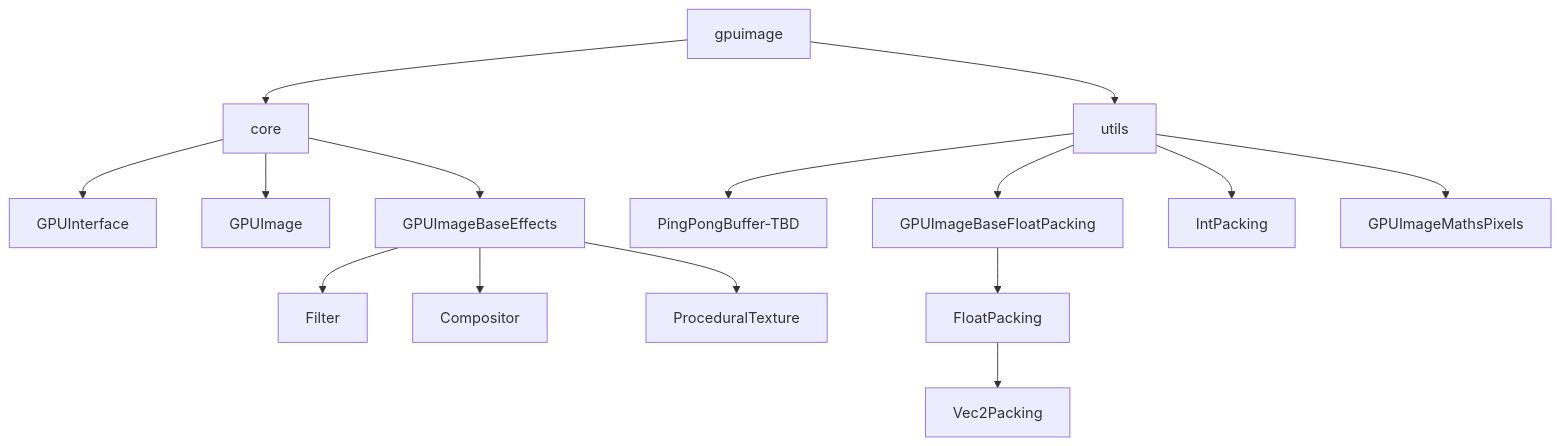
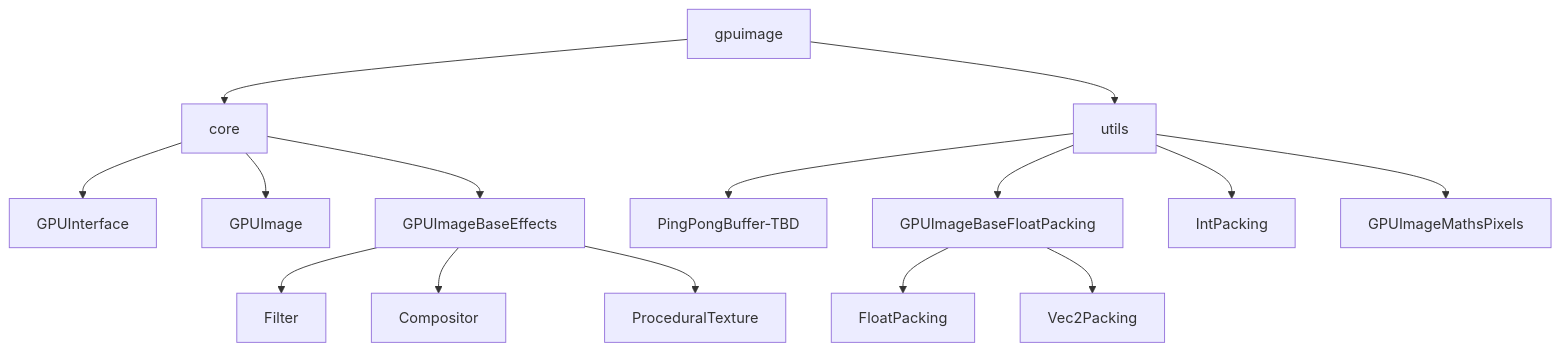
Before and after one commit to Bonjour-Interactive-Lab/Processing-GPUImage: the diagram in README.md, drawn with Mermaid. The commit also changed other lines of this file and 5 other files, not shown here.

Commit message:
add Vec2Packing + update readme

````diff
--- a/README.md
+++ b/README.md
@@ -22,17 +22,17 @@
 ```mermaid
 graph TD;
   gpuimage-->core;
   gpuimage-->utils;
   core-->GPUInterface
   core-->GPUImage
   core-->GPUImageBaseEffects;
   GPUImageBaseEffects-->Filter
   GPUImageBaseEffects-->Compositor
   GPUImageBaseEffects-->ProceduralTexture
   utils-->PingPongBuffer-TBD
   utils-->GPUImageBaseFloatPacking
   utils-->IntPacking
   utils-->GPUImageMathsPixels
   GPUImageBaseFloatPacking-->FloatPacking
-  FloatPacking-->Vec2Packing
+  GPUImageBaseFloatPacking-->Vec2Packing
 ```
````
